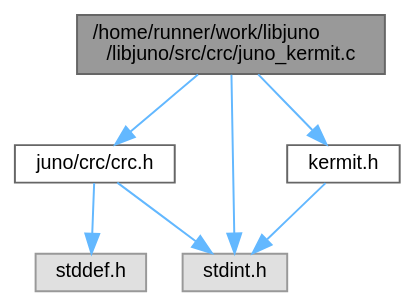
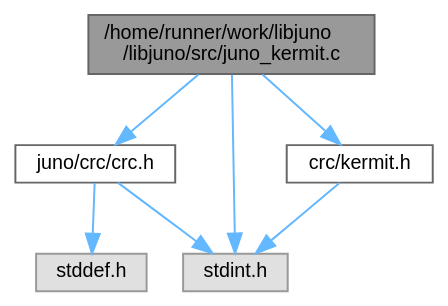
Before and after one commit to robinonsay/libjuno: the diagram in juno__kermit_8c__incl.dot, drawn with Graphviz. The commit also changed 847 other files, not shown here.

```diff
--- a/juno__kermit_8c__incl.dot
+++ b/juno__kermit_8c__incl.dot
@@ -1,18 +1,18 @@
-digraph "/home/runner/work/libjuno/libjuno/src/crc/juno_kermit.c"
+digraph "/home/runner/work/libjuno/libjuno/src/juno_kermit.c"
 {
  // LATEX_PDF_SIZE
   bgcolor="transparent";
   edge [fontname=Helvetica,fontsize=10,labelfontname=Helvetica,labelfontsize=10];
   node [fontname=Helvetica,fontsize=10,shape=box,height=0.2,width=0.4];
-  Node1 [id="Node000001",label="/home/runner/work/libjuno\l/libjuno/src/crc/juno_kermit.c",height=0.2,width=0.4,color="gray40", fillcolor="grey60", style="filled", fontcolor="black",tooltip=" "];
+  Node1 [id="Node000001",label="/home/runner/work/libjuno\l/libjuno/src/juno_kermit.c",height=0.2,width=0.4,color="gray40", fillcolor="grey60", style="filled", fontcolor="black",tooltip=" "];
   Node1 -> Node2 [id="edge1_Node000001_Node000002",color="steelblue1",style="solid",tooltip=" "];
-  Node2 [id="Node000002",label="juno/crc/crc.h",height=0.2,width=0.4,color="grey40", fillcolor="white", style="filled",URL="$crc_8h.html",tooltip=" "];
+  Node2 [id="Node000002",label="juno/crc/crc.h",height=0.2,width=0.4,color="grey40", fillcolor="white", style="filled",URL="$crc_8h.html",tooltip="CRC update routines (ARC, BinHex, CCITT, CCITT32, Kermit, ZIP)."];
   Node2 -> Node3 [id="edge2_Node000002_Node000003",color="steelblue1",style="solid",tooltip=" "];
   Node3 [id="Node000003",label="stddef.h",height=0.2,width=0.4,color="grey60", fillcolor="#E0E0E0", style="filled",tooltip=" "];
   Node2 -> Node4 [id="edge3_Node000002_Node000004",color="steelblue1",style="solid",tooltip=" "];
   Node4 [id="Node000004",label="stdint.h",height=0.2,width=0.4,color="grey60", fillcolor="#E0E0E0", style="filled",tooltip=" "];
   Node1 -> Node4 [id="edge4_Node000001_Node000004",color="steelblue1",style="solid",tooltip=" "];
   Node1 -> Node5 [id="edge5_Node000001_Node000005",color="steelblue1",style="solid",tooltip=" "];
-  Node5 [id="Node000005",label="kermit.h",height=0.2,width=0.4,color="grey40", fillcolor="white", style="filled",URL="$kermit_8h.html",tooltip=" "];
+  Node5 [id="Node000005",label="crc/kermit.h",height=0.2,width=0.4,color="grey40", fillcolor="white", style="filled",URL="$kermit_8h.html",tooltip=" "];
   Node5 -> Node4 [id="edge6_Node000005_Node000004",color="steelblue1",style="solid",tooltip=" "];
 }
```
